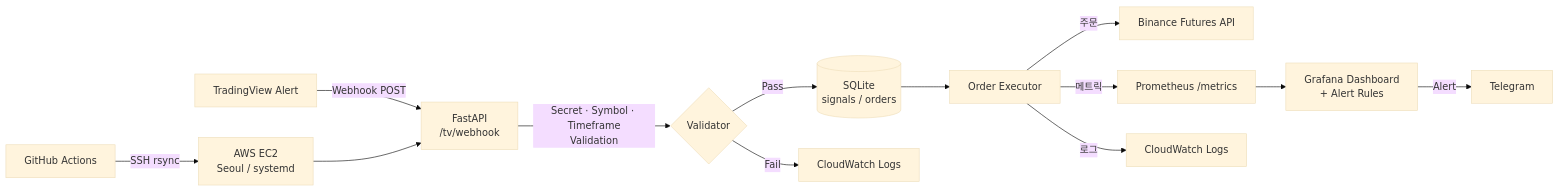
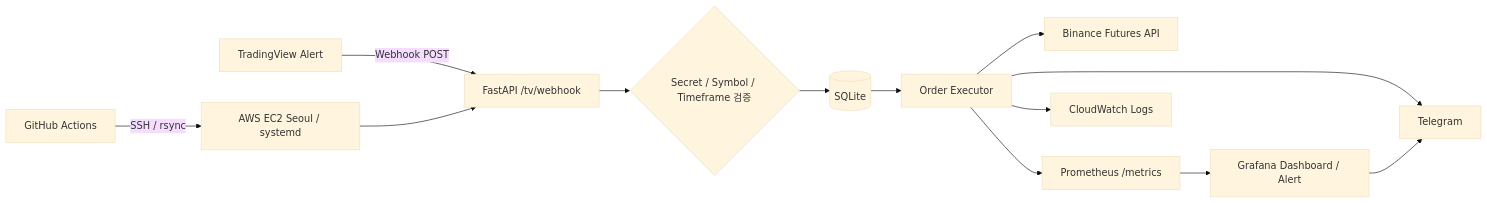
One commit to gyeong1181/System-Trading changed the diagram in psar_rsi_bot/README.md. Above: the diagram before and after it, drawn with Mermaid (base theme). The commit also changed other lines of this file and 17 other files, not shown here.

````diff
--- a/psar_rsi_bot/README.md
+++ b/psar_rsi_bot/README.md
@@ -24,15 +21,15 @@
 ```mermaid
 flowchart LR
-    TV[TradingView Alert] -->|Webhook POST| API[FastAPI\n/tv/webhook]
-    API -->|Secret · Symbol · Timeframe\nValidation| VALID{Validator}
-    VALID -->|Pass| DB[(SQLite\nsignals / orders)]
-    VALID -->|Fail| LOG[CloudWatch Logs]
+    TV[TradingView Alert] -->|Webhook POST| API[FastAPI /tv/webhook]
+    API --> VALID{Secret / Symbol / Timeframe 검증}
+    VALID --> DB[(SQLite)]
     DB --> EXE[Order Executor]
-    EXE -->|주문| BINANCE[Binance Futures API]
-    EXE -->|메트릭| PROM[Prometheus /metrics]
-    PROM --> GF[Grafana Dashboard\n+ Alert Rules]
-    GF -->|Alert| TG[Telegram]
-    EXE -->|로그| CW[CloudWatch Logs]
-    GHA[GitHub Actions] -->|SSH rsync| EC2[AWS EC2\nSeoul / systemd]
+    EXE --> BINANCE[Binance Futures API]
+    EXE --> PROM[Prometheus /metrics]
+    EXE --> CW[CloudWatch Logs]
+    EXE --> TG[Telegram]
+    PROM --> GF[Grafana Dashboard / Alert]
+    GF --> TG
+    GHA[GitHub Actions] -->|SSH / rsync| EC2[AWS EC2 Seoul / systemd]
     EC2 --> API
 ```
````
